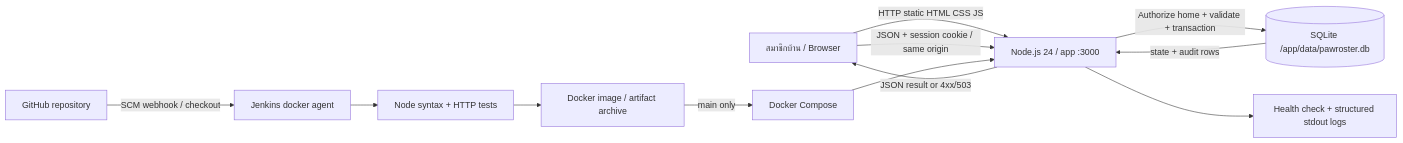
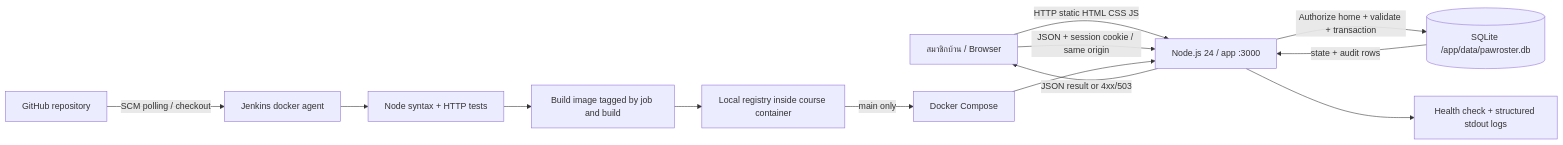
One commit to 67070282/PawRoster changed the diagram in docs/ARCHITECTURE.md. Above: the diagram before and after it, drawn with Mermaid. The commit also changed other lines of this file and 3 other files, not shown here.

````diff
--- a/docs/ARCHITECTURE.md
+++ b/docs/ARCHITECTURE.md
@@ -3,14 +3,15 @@
 ```mermaid
 flowchart LR
   U[สมาชิกบ้าน / Browser] -->|HTTP static HTML CSS JS| N[Node.js 24 / app :3000]
   U -->|JSON + session cookie / same origin| N
   N -->|Authorize home + validate + transaction| S[(SQLite /app/data/pawroster.db)]
   S -->|state + audit rows| N
   N -->|JSON result or 4xx/503| U
-  G[GitHub repository] -->|SCM webhook / checkout| J[Jenkins docker agent]
+  G[GitHub repository] -->|SCM polling / checkout| J[Jenkins docker agent]
   J --> T[Node syntax + HTTP tests]
-  T --> B[Docker image / artifact archive]
-  B -->|main only| D[Docker Compose]
+  T --> B[Build image tagged by job and build]
+  B --> R[Local registry inside course container]
+  R -->|main only| D[Docker Compose]
   D --> N
   N --> H[Health check + structured stdout logs]
 ```
````
